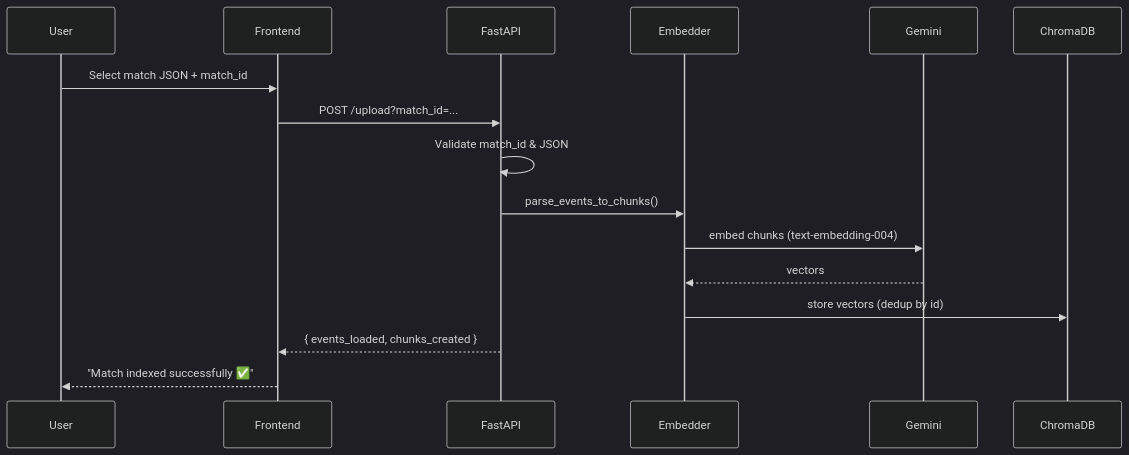
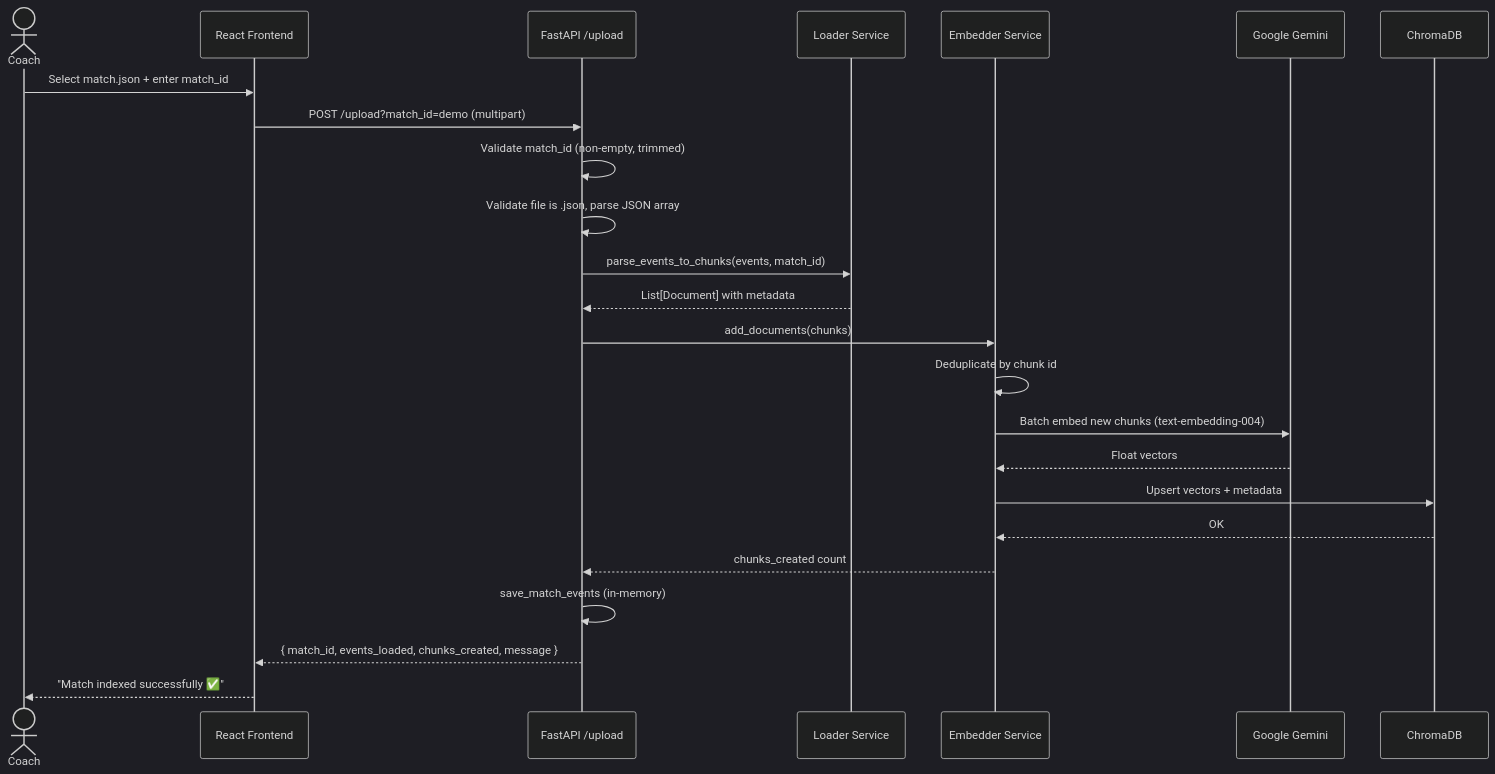
The third of 7 diagrams in README.md (MayankSinghRaghav/FootIQ), drawn with Mermaid (dark theme) before and after one commit. The commit also changed other lines of this file, not shown here.

First line of the commit message:
docs: overhaul README with full diagrams and workflow

````diff
--- a/README.md
+++ b/README.md
@@ -128,19 +149,27 @@
 ```mermaid
 sequenceDiagram
-    participant U as User
-    participant F as Frontend
-    participant API as FastAPI
-    participant E as Embedder
-    participant G as Gemini
-    participant C as ChromaDB
+    actor Coach
+    participant FE as React Frontend
+    participant API as FastAPI /upload
+    participant LDR as Loader Service
+    participant EMB as Embedder Service
+    participant GEM as Google Gemini
+    participant CHR as ChromaDB
 
-    U->>F: Select match JSON + match_id
-    F->>API: POST /upload?match_id=...
-    API->>API: Validate match_id & JSON
-    API->>E: parse_events_to_chunks()
-    E->>G: embed chunks (text-embedding-004)
-    G-->>E: vectors
-    E->>C: store vectors (dedup by id)
-    API-->>F: { events_loaded, chunks_created }
-    F-->>U: "Match indexed successfully ✅"
+    Coach->>FE: Select match.json + enter match_id
+    FE->>API: POST /upload?match_id=demo (multipart)
+    API->>API: Validate match_id (non-empty, trimmed)
+    API->>API: Validate file is .json, parse JSON array
+    API->>LDR: parse_events_to_chunks(events, match_id)
+    LDR-->>API: List[Document] with metadata
+    API->>EMB: add_documents(chunks)
+    EMB->>EMB: Deduplicate by chunk id
+    EMB->>GEM: Batch embed new chunks (text-embedding-004)
+    GEM-->>EMB: Float vectors
+    EMB->>CHR: Upsert vectors + metadata
+    CHR-->>EMB: OK
+    EMB-->>API: chunks_created count
+    API->>API: save_match_events (in-memory)
+    API-->>FE: { match_id, events_loaded, chunks_created, message }
+    FE-->>Coach: "Match indexed successfully ✅"
 ```
````
